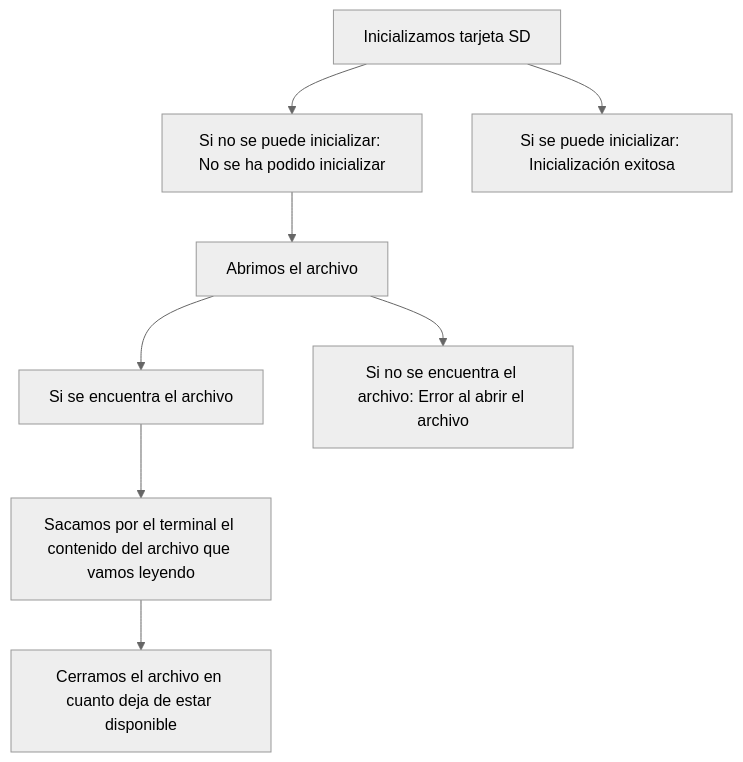
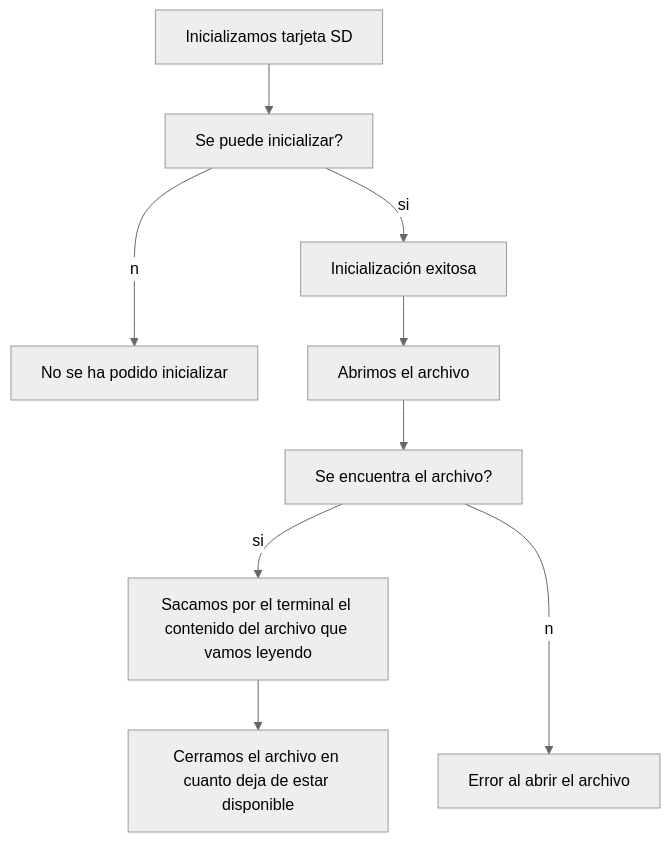
Before and after one commit to ona03/PD_P6: the first of 2 diagrams in README.md, drawn with Mermaid (neutral theme). The commit also changed other lines of this file, not shown here.

````diff
--- a/README.md
+++ b/README.md
@@ -76,10 +76,11 @@
 ```mermaid
 flowchart TD;
-  A[Inicializamos tarjeta SD]-->C[Si no se puede inicializar: No se ha podido inicializar];
-  A-->B[Si se puede inicializar: Inicialización exitosa];
-  C-->D[Abrimos el archivo]-->E[Si se encuentra el archivo];
-  E-->F[Sacamos por el terminal el contenido del archivo que vamos leyendo];
+  A[Inicializamos tarjeta SD]-->B[Se puede inicializar?];
+  B--si-->C[Inicialización exitosa];
+  B--no-->I[No se ha podido inicializar];
+  C-->D[Abrimos el archivo]-->E[Se encuentra el archivo?];
+  E--si-->F[Sacamos por el terminal el contenido del archivo que vamos leyendo];
   F-->G[Cerramos el archivo en cuanto deja de estar disponible];
-  D-->H[Si no se encuentra el archivo: Error al abrir el archivo];
+  E--no-->H[Error al abrir el archivo];
 
 ```
````
